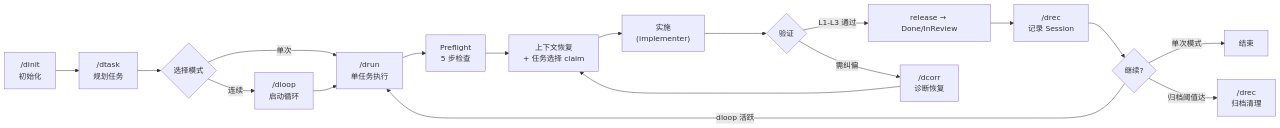
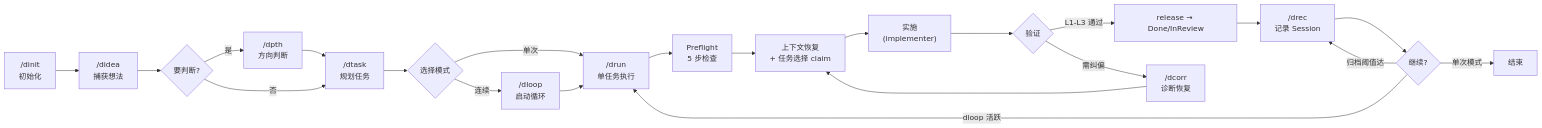
Before and after one commit to ssdiwu/diwu-flow: the first of 3 diagrams in README.md, drawn with Mermaid. The commit also changed other lines of this file and 10 other files, not shown here.

````diff
--- a/README.md
+++ b/README.md
@@ -199,20 +203,24 @@
 ```mermaid
 flowchart LR
-    A["/dinit<br/>初始化"] --> B["/dtask<br/>规划任务"]
-    B --> C{选择模式}
-    C -->|单次| D["/drun<br/>单任务执行"]
-    C -->|连续| E["/dloop<br/>启动循环"]
-    E --> D
-    D --> F["Preflight<br/>5 步检查"]
-    F --> G["上下文恢复<br/>+ 任务选择 claim"]
-    G --> H["实施<br/>(implementer)"]
-    H --> I{"验证"}
-    I -->|L1-L3 通过| J["release → Done/InReview"]
-    I -->|需纠偏| K["/dcorr<br/>诊断恢复"]
-    K --> G
-    J --> L["/drec<br/>记录 Session"]
-    L --> M{继续?}
-    M -->|dloop 活跃| D
-    M -->|单次模式| N["结束"]
-    M -->|归档阈值达| O["/drec<br/>归档清理"]
+    A["/dinit<br/>初始化"] --> B["/didea<br/>捕获想法"]
+    B --> C{要判断?}
+    C -->|是| D["/dpth<br/>方向判断"]
+    C -->|否| E["/dtask<br/>规划任务"]
+    D --> E
+    E --> F{选择模式}
+    F -->|单次| G["/drun<br/>单任务执行"]
+    F -->|连续| H["/dloop<br/>启动循环"]
+    H --> G
+    G --> I["Preflight<br/>5 步检查"]
+    I --> J["上下文恢复<br/>+ 任务选择 claim"]
+    J --> K["实施<br/>(implementer)"]
+    K --> L{"验证"}
+    L -->|L1-L3 通过| M["release → Done/InReview"]
+    L -->|需纠偏| N["/dcorr<br/>诊断恢复"]
+    N --> J
+    M --> O["/drec<br/>记录 Session"]
+    O --> P{继续?}
+    P -->|dloop 活跃| G
+    P -->|单次模式| Q["结束"]
+    P -->|归档阈值达| O
 ```
````
